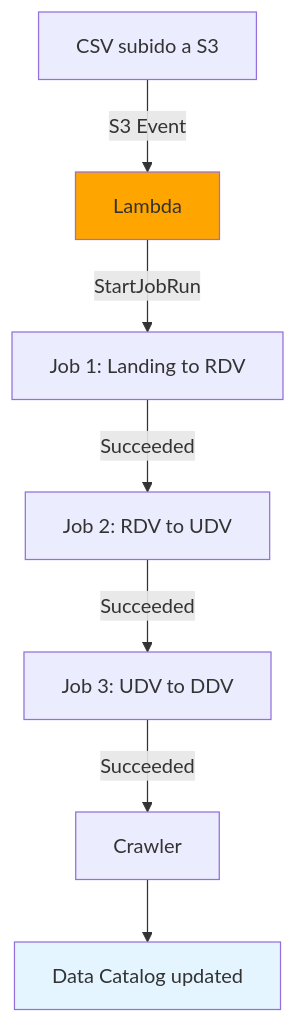
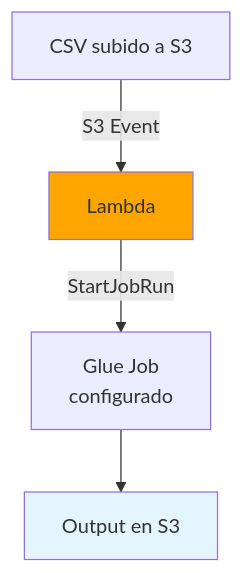
One commit to ANALITIKACLOUD/hand-on-cloud changed diagram 15 of 16 in README.md. Above: the diagram before and after it, drawn with Mermaid. The commit also changed other lines of this file and 1 other file, not shown here.

````diff
--- a/README.md
+++ b/README.md
@@ -873,12 +912,9 @@
 ```mermaid
 flowchart TD
     A[CSV subido a S3] -->|S3 Event| B[Lambda]
-    B -->|StartJobRun| C[Job 1: Landing to RDV]
-    C -->|Succeeded| D[Job 2: RDV to UDV]
-    D -->|Succeeded| E[Job 3: UDV to DDV]
-    E -->|Succeeded| F[Crawler]
-    F --> G[Data Catalog updated]
+    B -->|StartJobRun| C[Glue Job<br/>configurado]
+    C --> D[Output en S3]
     
     style B fill:#FFA500
-    style G fill:#E5F5FF
+    style D fill:#E5F5FF
 ```
````
